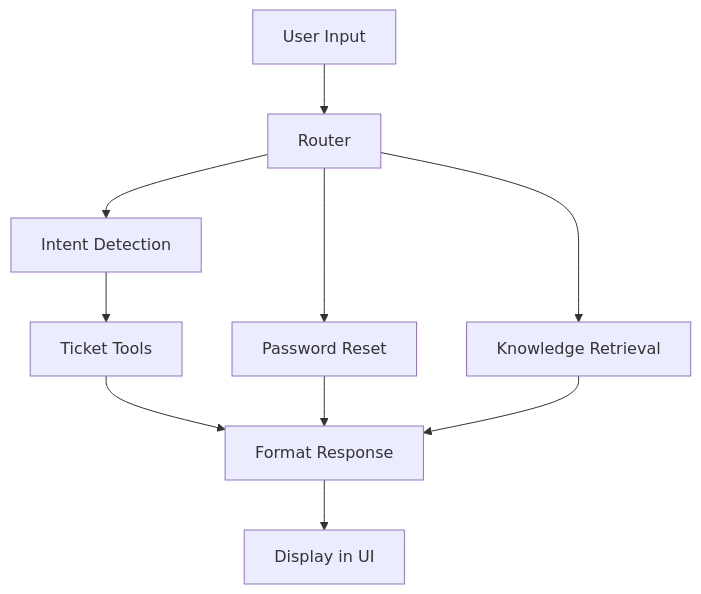
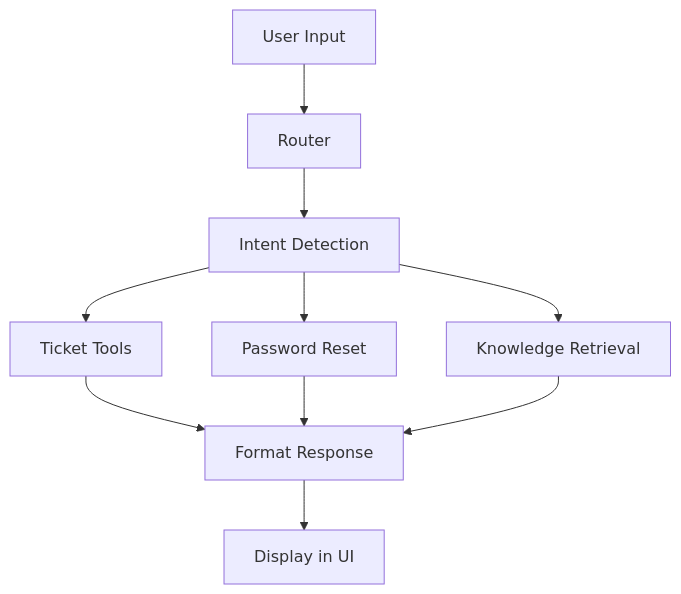
The second of 2 diagrams in report.md (mondisailokesh/college-helpdesk-ai), drawn with Mermaid before and after one commit. The commit also changed other lines of this file, not shown here.

Commit message:
Refactor routing and intent flow in report.md
Updated flowchart and architecture diagram to reflect changes in routing and intent handling.

````diff
--- a/report.md
+++ b/report.md
@@ -90,12 +90,12 @@
 ```mermaid
 flowchart TD
     A[User Input] --> B[Router]
     B --> C[Intent Detection]
     C --> D[Ticket Tools]
-    B --> E[Password Reset]
-    B --> F[Knowledge Retrieval]
+    C --> E[Password Reset]
+    C --> F[Knowledge Retrieval]
     D --> G[Format Response]
     E --> G
     F --> G
     G --> H[Display in UI]
 ```
````
